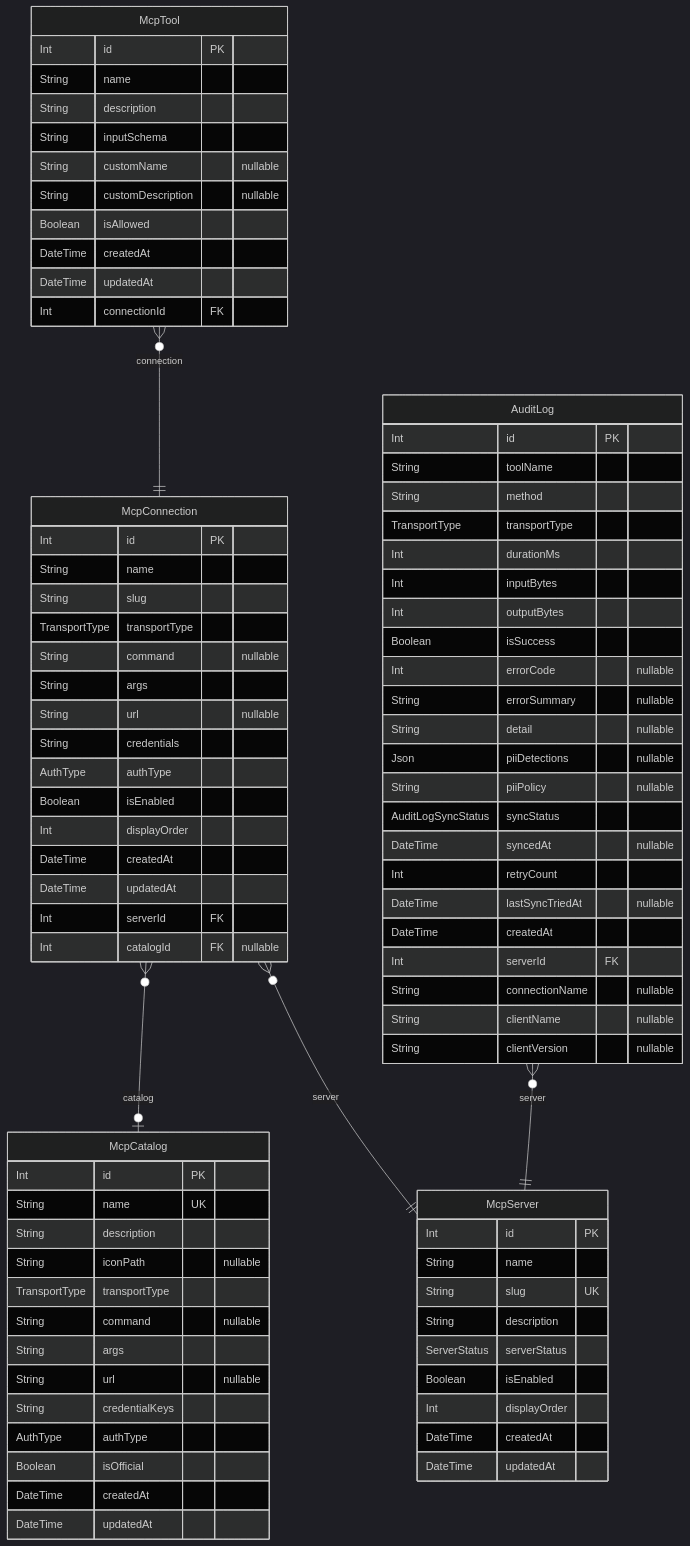
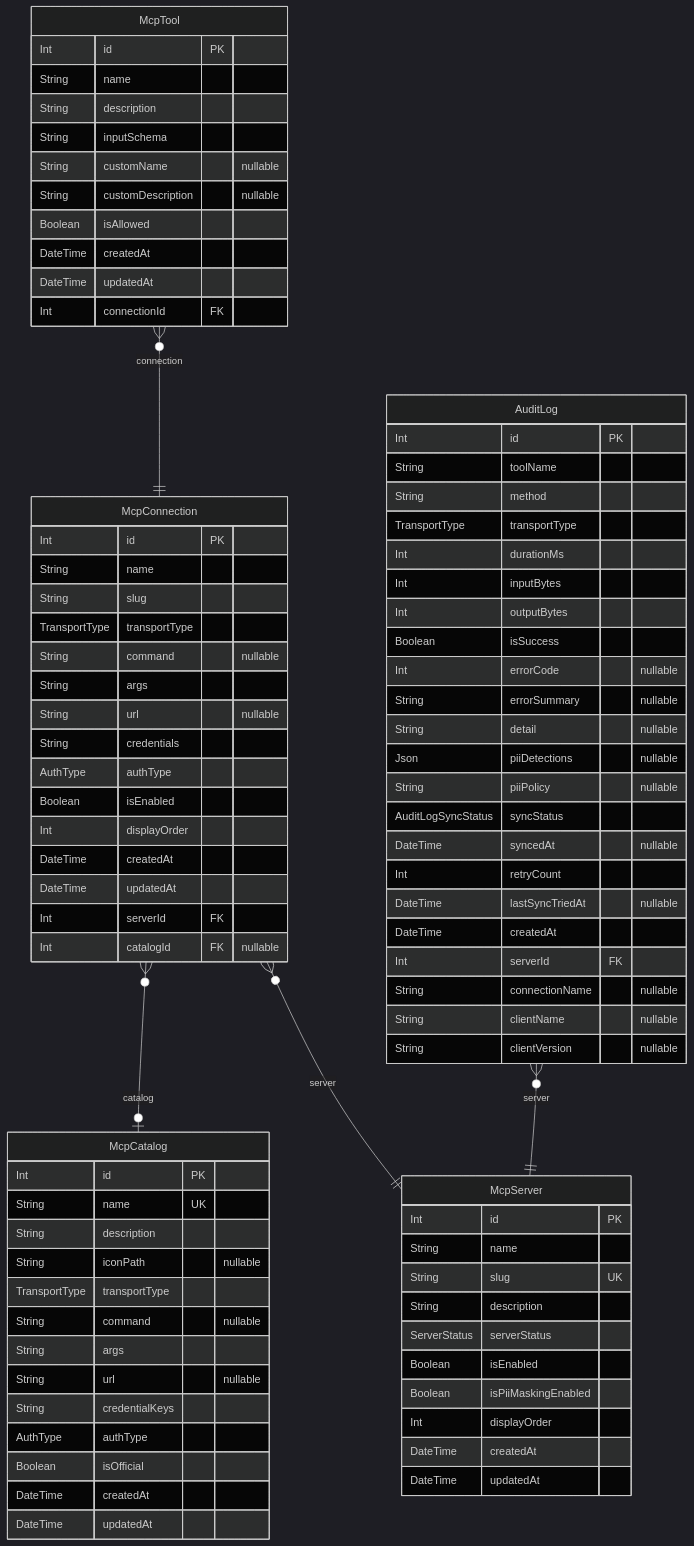
Before and after one commit to rayven122/tumiki: the second of 3 diagrams in apps/desktop/prisma/README.md, drawn with Mermaid (dark theme). The commit also changed other lines of this file and 3 other files, not shown here.

First line of the commit message:
feat(desktop/db): add isPiiMaskingEnabled column to McpServer

```diff
--- a/apps/desktop/prisma/README.md
+++ b/apps/desktop/prisma/README.md
@@ -86,6 +86,7 @@
   String description
   ServerStatus serverStatus
   Boolean isEnabled
+  Boolean isPiiMaskingEnabled
   Int displayOrder
   DateTime createdAt
   DateTime updatedAt
```
